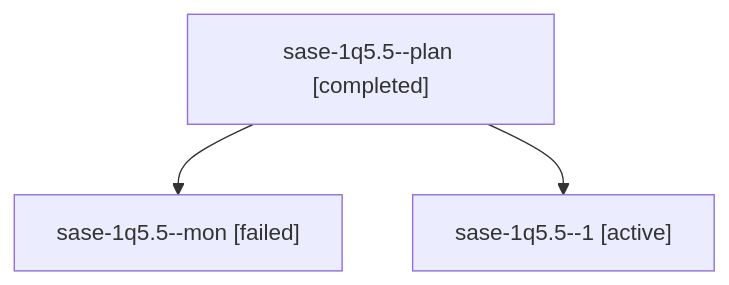
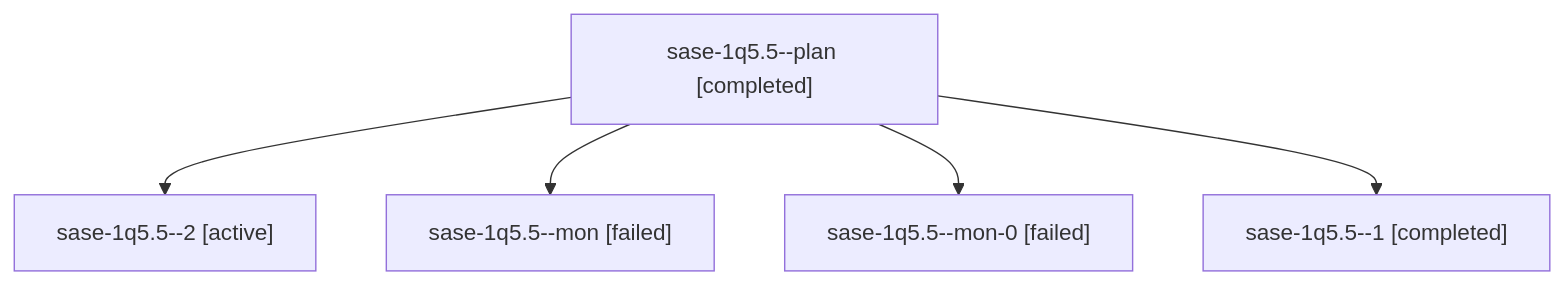
One commit to sase-org/sase--agents changed the diagram in sessions/bbugyi200.athena.sase-1q5.5.md. Above: the diagram before and after it, drawn with Mermaid. The commit also changed other lines of this file and 82 other files, not shown here.

````diff
--- a/sessions/bbugyi200.athena.sase-1q5.5.md
+++ b/sessions/bbugyi200.athena.sase-1q5.5.md
@@ -9,8 +9,12 @@
 ```mermaid
 flowchart TD
   n0["sase-1q5.5--plan [completed]"]
-  n1["sase-1q5.5--mon [failed]"]
+  n1["sase-1q5.5--2 [active]"]
   n0 --> n1
-  n2["sase-1q5.5--1 [active]"]
+  n2["sase-1q5.5--mon [failed]"]
   n0 --> n2
+  n3["sase-1q5.5--mon-0 [failed]"]
+  n0 --> n3
+  n4["sase-1q5.5--1 [completed]"]
+  n0 --> n4
 ```
````
